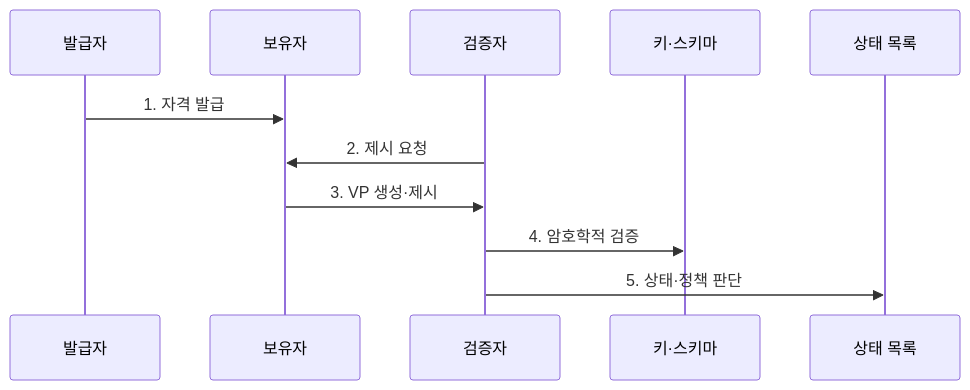
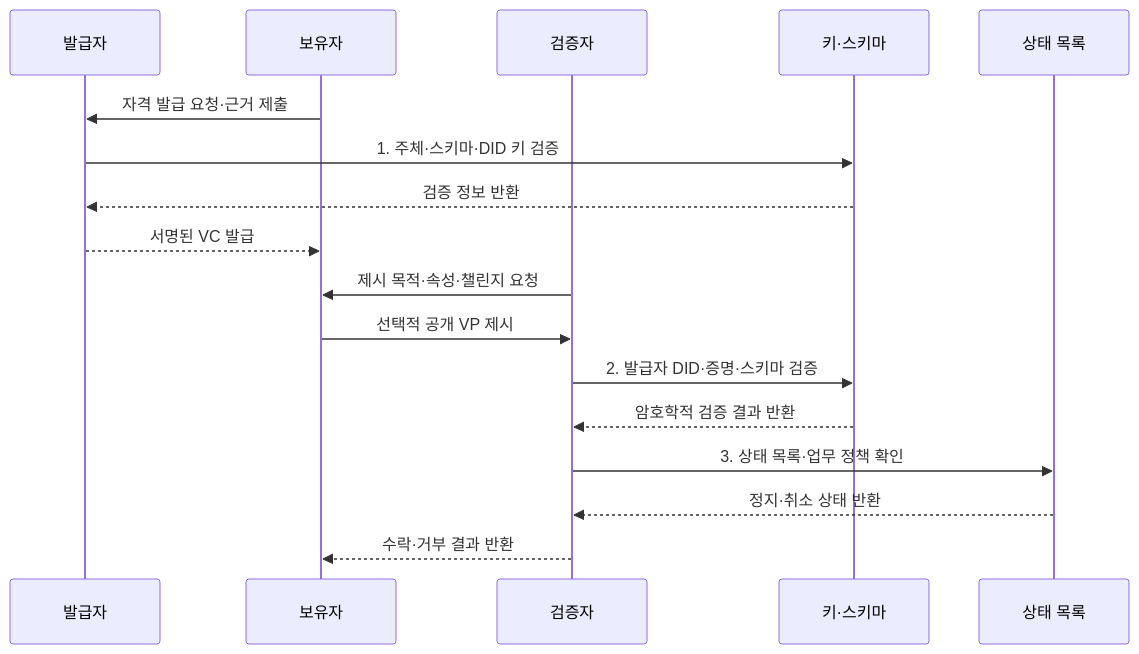
One commit to agnusdei1207/knowledge-base changed the second of 2 diagrams in src/content/docs/notes/08-latest-tech/221_verifiable_credential.md. Above: the diagram before and after it, drawn with Mermaid. The commit also changed other lines of this file and 225 other files, not shown here.

````diff
--- a/src/content/docs/notes/08-latest-tech/221_verifiable_credential.md
+++ b/src/content/docs/notes/08-latest-tech/221_verifiable_credential.md
@@ -76,13 +77,19 @@
 ```mermaid
 sequenceDiagram
   participant I as 발급자
   participant H as 보유자
   participant V as 검증자
   participant K as 키·스키마
   participant S as 상태 목록
-  I->>H: 1. 자격 발급
-  V->>H: 2. 제시 요청
-  H->>V: 3. VP 생성·제시
-  V->>K: 4. 암호학적 검증
-  V->>S: 5. 상태·정책 판단
+  H->>I: 자격 발급 요청·근거 제출
+  I->>K: 1. 주체·스키마·DID 키 검증
+  K-->>I: 검증 정보 반환
+  I-->>H: 서명된 VC 발급
+  V->>H: 제시 목적·속성·챌린지 요청
+  H->>V: 선택적 공개 VP 제시
+  V->>K: 2. 발급자 DID·증명·스키마 검증
+  K-->>V: 암호학적 검증 결과 반환
+  V->>S: 3. 상태 목록·업무 정책 확인
+  S-->>V: 정지·취소 상태 반환
+  V-->>H: 수락·거부 결과 반환
 ```
````
